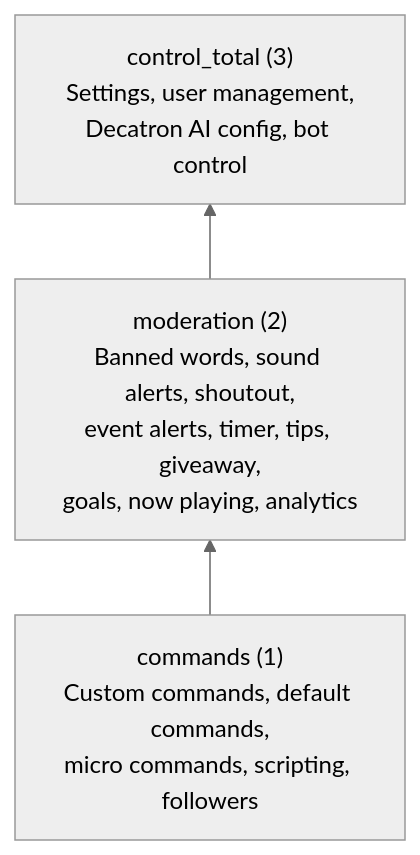
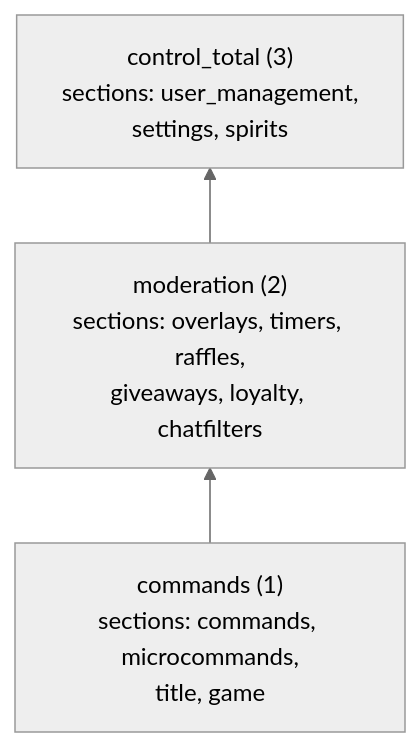
The ninth of 12 diagrams in docs/ARCHITECTURE.md (decatrondev/decatron), drawn with Mermaid (neutral theme) before and after one commit. The commit also changed other lines of this file and 14 other files, not shown here.

Commit message:
Documentación de GitHub: docs/ revisados contra el código (EventSub por conduit, API pública v1, comandos, overlays, configuración, despliegue) y versión completa en español en docs/es

````diff
--- a/docs/ARCHITECTURE.md
+++ b/docs/ARCHITECTURE.md
@@ -522,8 +468,8 @@
 ```mermaid
 graph BT
-    CMD["commands (1)<br/>Custom commands, default commands,<br/>micro commands, scripting, followers"]
-    MOD["moderation (2)<br/>Banned words, sound alerts, shoutout,<br/>event alerts, timer, tips, giveaway,<br/>goals, now playing, analytics"]
-    CTL["control_total (3)<br/>Settings, user management,<br/>Decatron AI config, bot control"]
+    CMD["commands (1)<br/>sections: commands, microcommands,<br/>title, game"]
+    MOD["moderation (2)<br/>sections: overlays, timers, raffles,<br/>giveaways, loyalty, chatfilters"]
+    CTL["control_total (3)<br/>sections: user_management,<br/>settings, spirits"]
 
     CMD --> MOD --> CTL
 ```
````
